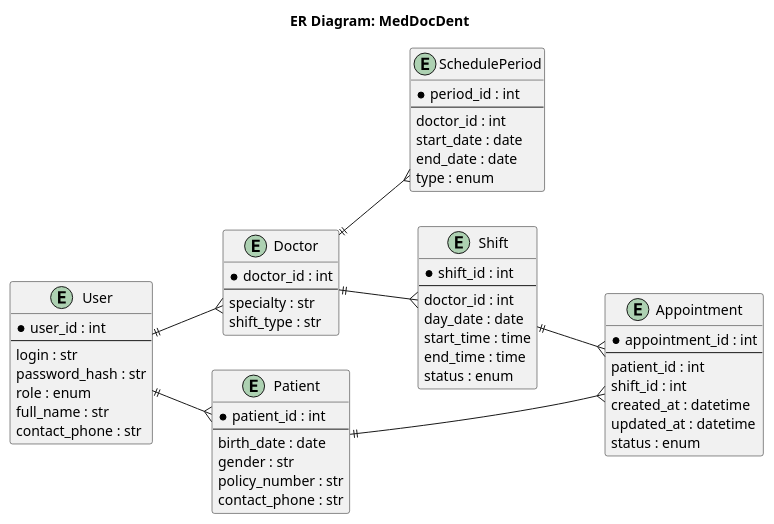
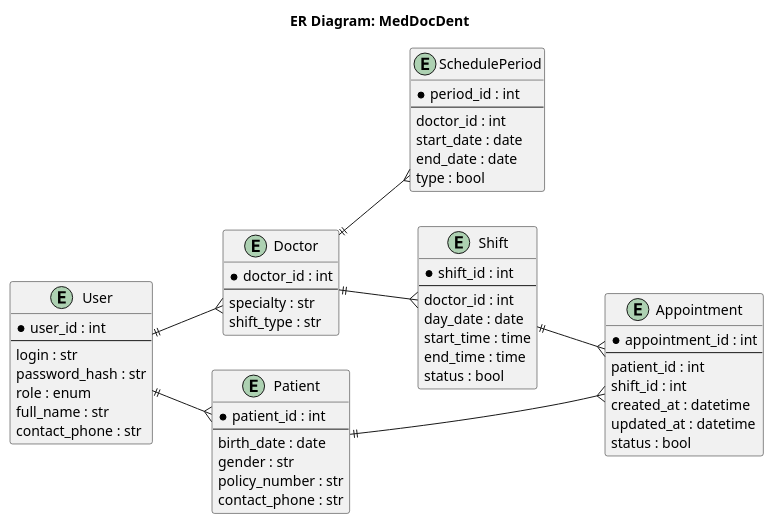
The diagram in docs/database/schema.puml (Mstudent11/InformaticsProject), drawn with PlantUML before and after one commit. The commit also changed 4 other files, not shown here.

```diff
--- a/docs/database/schema.puml
+++ b/docs/database/schema.puml
@@ -1,67 +1,67 @@
 @startuml
 title ER Diagram: MedDocDent
 left to right direction
 
 entity User {
     *user_id : int
     --
     login : str
     password_hash : str
     role : enum
     full_name : str
     contact_phone : str
 }
 
 entity Doctor {
     *doctor_id : int
     --
     specialty : str
     shift_type : str
 }
 
 entity Patient {
     *patient_id : int
     --
     birth_date : date
     gender : str
     policy_number : str
     contact_phone : str
 }
 
 entity SchedulePeriod {
     *period_id : int
     --
     doctor_id : int
     start_date : date
     end_date : date
-    type : enum
+    type : bool
 }
 
 entity Shift {
     *shift_id : int
     --
     doctor_id : int
     day_date : date
     start_time : time
     end_time : time
-    status : enum
+    status : bool
 }
 
 entity Appointment {
     *appointment_id : int
     --
     patient_id : int
     shift_id : int
     created_at : datetime
     updated_at : datetime
-    status : enum
+    status : bool
 }
 
 User ||--{ Doctor 
 User ||--{ Patient 
 Doctor ||--{ SchedulePeriod 
 Doctor ||--{ Shift 
 Shift ||--{ Appointment 
 Patient ||--{ Appointment 
 
 @enduml
```
